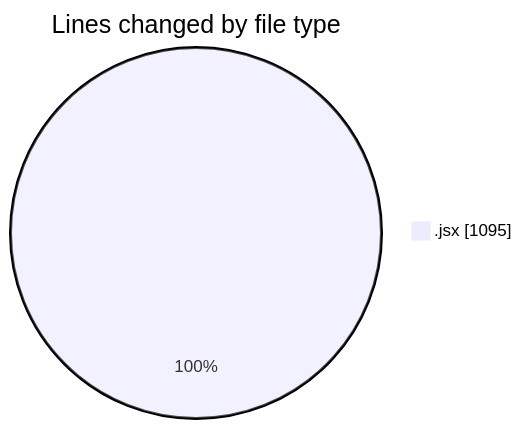
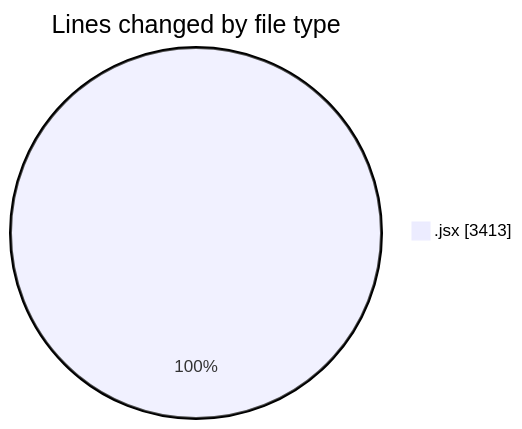
One commit to nxtqubesakshisongat/code-tracking changed the first of 2 diagrams in 2025-09-09/nxtqube_webapp/README.md. Above: the diagram before and after it, drawn with Mermaid. The commit also changed other lines of this file and 1 other file, not shown here.

````diff
--- a/2025-09-09/nxtqube_webapp/README.md
+++ b/2025-09-09/nxtqube_webapp/README.md
@@ -21,5 +21,5 @@
 ```mermaid
 pie showData
 title Lines changed by file type
-".jsx" : 1095
+".jsx" : 3413
 ```
````
